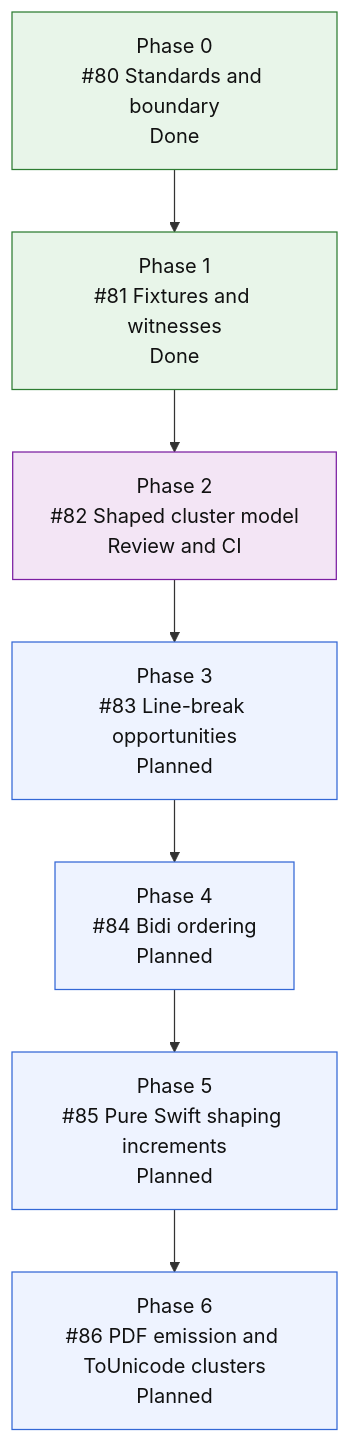
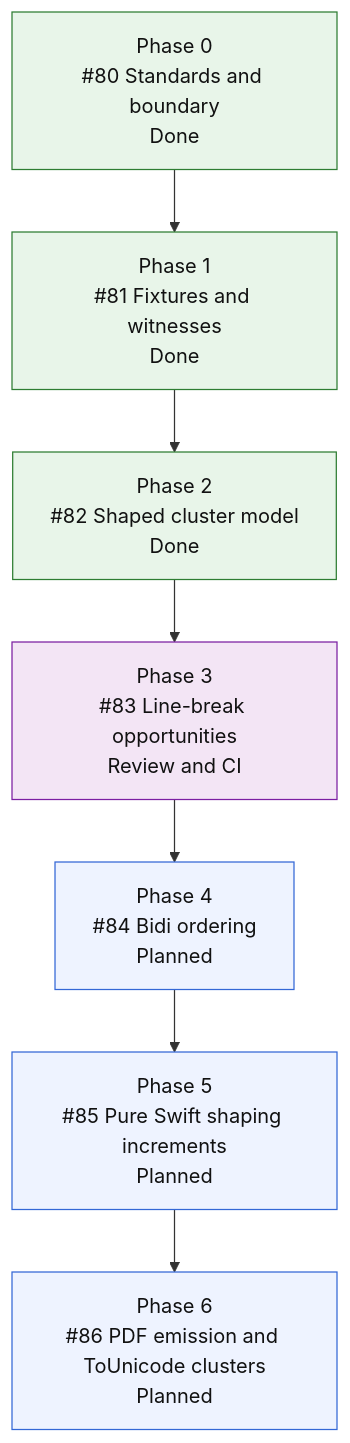
Before and after one commit to mihaelamj/MarkdownPDF: the fourth of 4 diagrams in README.md, drawn with Mermaid. The commit also changed 4 other files, not shown here.

First line of the commit message:
feat(text): add line break opportunity detector

````diff
--- a/README.md
+++ b/README.md
@@ -300,21 +300,21 @@
 ```mermaid
 flowchart TD
     S0["Phase 0<br/>#80 Standards and boundary<br/>Done"]
     S1["Phase 1<br/>#81 Fixtures and witnesses<br/>Done"]
-    S2["Phase 2<br/>#82 Shaped cluster model<br/>Review and CI"]
-    S3["Phase 3<br/>#83 Line-break opportunities<br/>Planned"]
+    S2["Phase 2<br/>#82 Shaped cluster model<br/>Done"]
+    S3["Phase 3<br/>#83 Line-break opportunities<br/>Review and CI"]
     S4["Phase 4<br/>#84 Bidi ordering<br/>Planned"]
     S5["Phase 5<br/>#85 Pure Swift shaping increments<br/>Planned"]
     S6["Phase 6<br/>#86 PDF emission and ToUnicode clusters<br/>Planned"]
 
     S0 --> S1 --> S2 --> S3 --> S4 --> S5 --> S6
 
     classDef done fill:#e8f5e9,stroke:#2e7d32,color:#111;
     classDef active fill:#e3f2fd,stroke:#1565c0,color:#111;
     classDef review fill:#f3e5f5,stroke:#7b1fa2,color:#111;
     classDef next fill:#fff8e1,stroke:#f9a825,color:#111;
     classDef todo fill:#eef3ff,stroke:#3367d6,color:#111;
-    class S0,S1 done;
-    class S2 review;
-    class S3,S4,S5,S6 todo;
+    class S0,S1,S2 done;
+    class S3 review;
+    class S4,S5,S6 todo;
 ```
````
